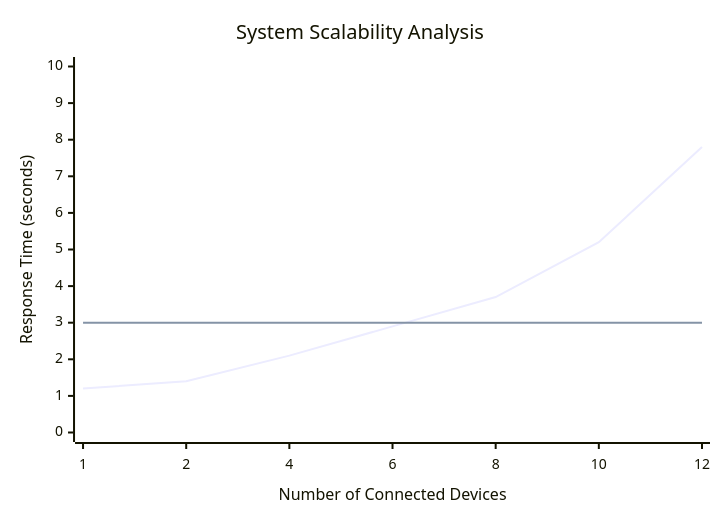
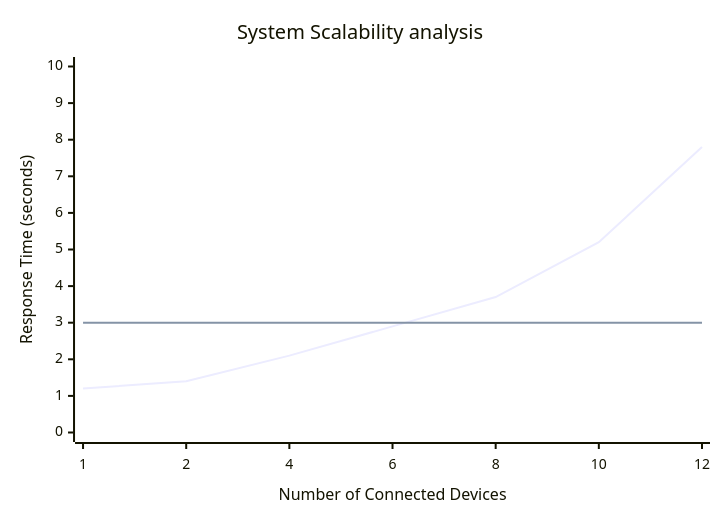
One commit to buccancs/fyp-multi-sensor-recording-system changed the fifth of 8 diagrams in docs/thesis_report/draft_0/chapter_5_testing_and_results_evaluation.md. Above: the diagram before and after it, drawn with Mermaid. The commit also changed other lines of this file and 58 other files, not shown here.

````diff
--- a/docs/thesis_report/draft_0/chapter_5_testing_and_results_evaluation.md
+++ b/docs/thesis_report/draft_0/chapter_5_testing_and_results_evaluation.md
@@ -1533,8 +1533,8 @@
 ```mermaid
 xychart-beta
-    title "System Scalability Analysis"
+    title "System Scalability analysis"
     x-axis "Number of Connected Devices" [1, 2, 4, 6, 8, 10, 12]
     y-axis "Response Time (seconds)" 0 --> 10
     line "Average Response Time" [1.2, 1.4, 2.1, 2.9, 3.7, 5.2, 7.8]
     line "Target Response Time" [3.0, 3.0, 3.0, 3.0, 3.0, 3.0, 3.0]
 ```
````
